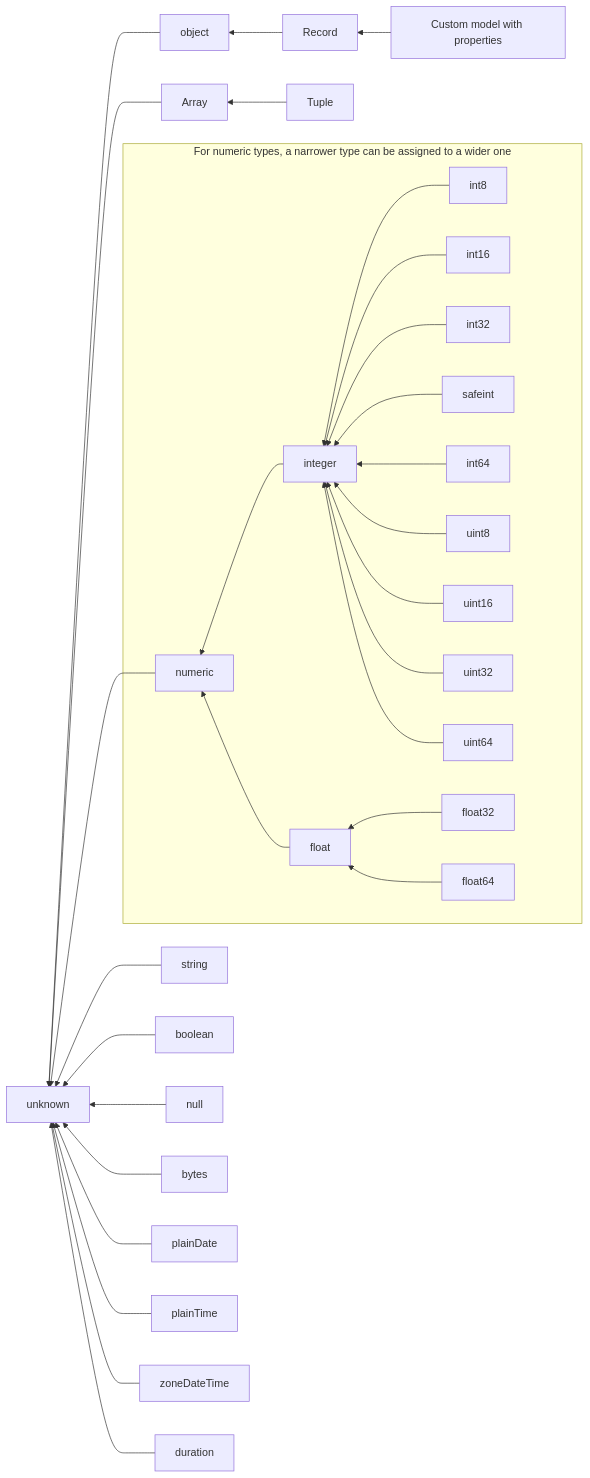
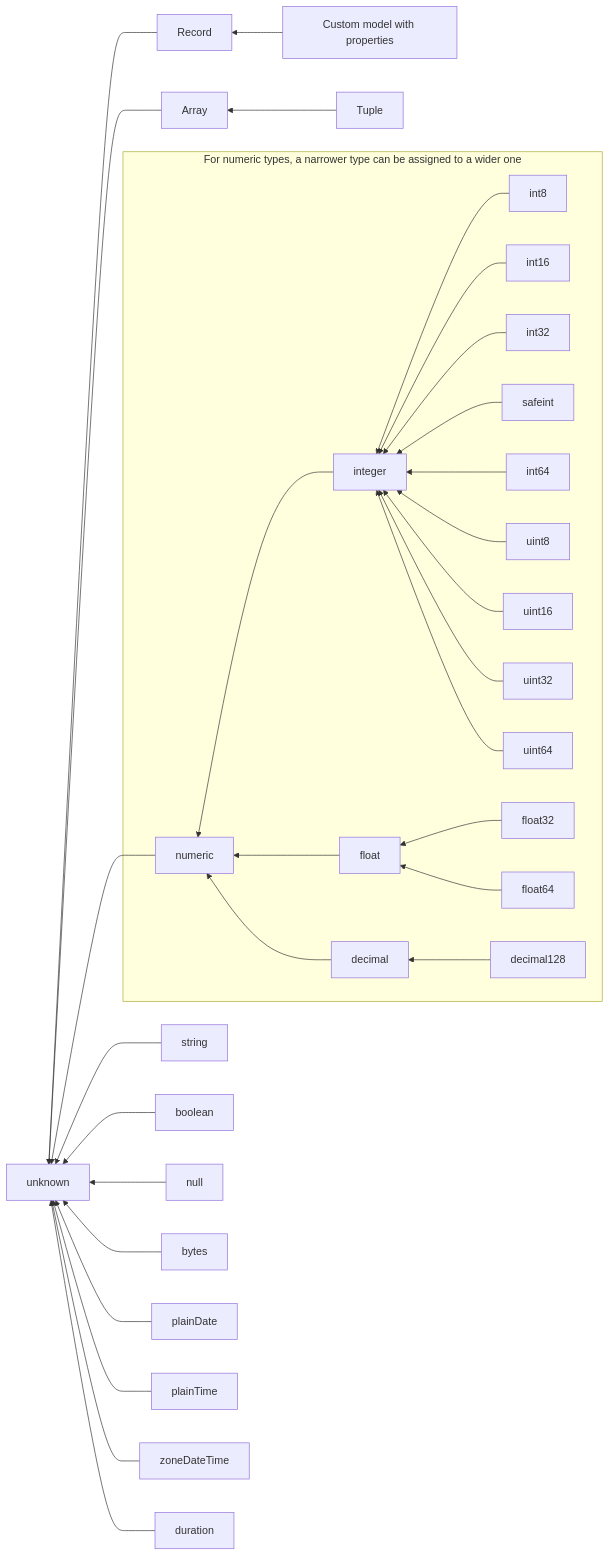
One commit to microsoft/typespec changed the diagram in packages/website/versioned_docs/version-latest/language-basics/type-relations.md. Above: the diagram before and after it, drawn with Mermaid. The commit also changed 204 other files, not shown here.

````diff
--- a/packages/website/versioned_docs/version-latest/language-basics/type-relations.md
+++ b/packages/website/versioned_docs/version-latest/language-basics/type-relations.md
@@ -10,32 +10,33 @@
 ```mermaid
 graph RL
-    object --> unknown
-    record["Record<T>"] --> object
+    record["Record<T>"] --> unknown
     customModel["Custom model with properties"] --> record["Record<T>"]
     array["Array<T>"] --> unknown
     tuple["Tuple"] --> array
     numeric --> unknown
     subgraph numerics[For numeric types, a narrower type can be assigned to a wider one]
       integer --> numeric
         int8 --> integer
         int16 --> integer
         int32 --> integer
         safeint --> integer
         int64 --> integer
         uint8 --> integer
         uint16 --> integer
         uint32 --> integer
         uint64 --> integer
       float --> numeric
         float32 --> float
         float64 -->  float
+      decimal --> numeric
+        decimal128 --> decimal
     end
     string --> unknown
     boolean --> unknown
     null --> unknown
     bytes --> unknown
     plainDate --> unknown
     plainTime --> unknown
     zoneDateTime --> unknown
     duration --> unknown
 ```
````
